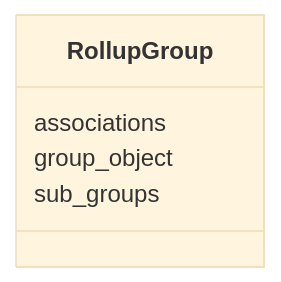
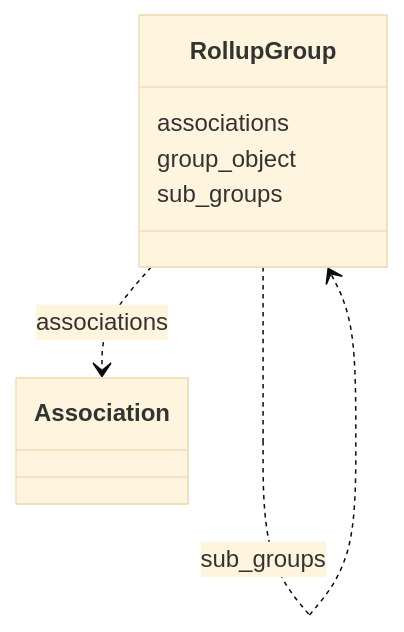
Before and after one commit to INCATools/ontology-access-kit: the diagram in association/RollupGroup.md, drawn with Mermaid (base theme). The commit also changed other lines of this file and 1783 other files, not shown here.

````diff
--- a/association/RollupGroup.md
+++ b/association/RollupGroup.md
@@ -9,8 +9,15 @@
 ```{mermaid}
  classDiagram
     class RollupGroup
       RollupGroup : associations
+        
+          RollupGroup ..> Association : associations
+        
       RollupGroup : group_object
+        
       RollupGroup : sub_groups
+        
+          RollupGroup ..> RollupGroup : sub_groups
+        
       
 ```
````
